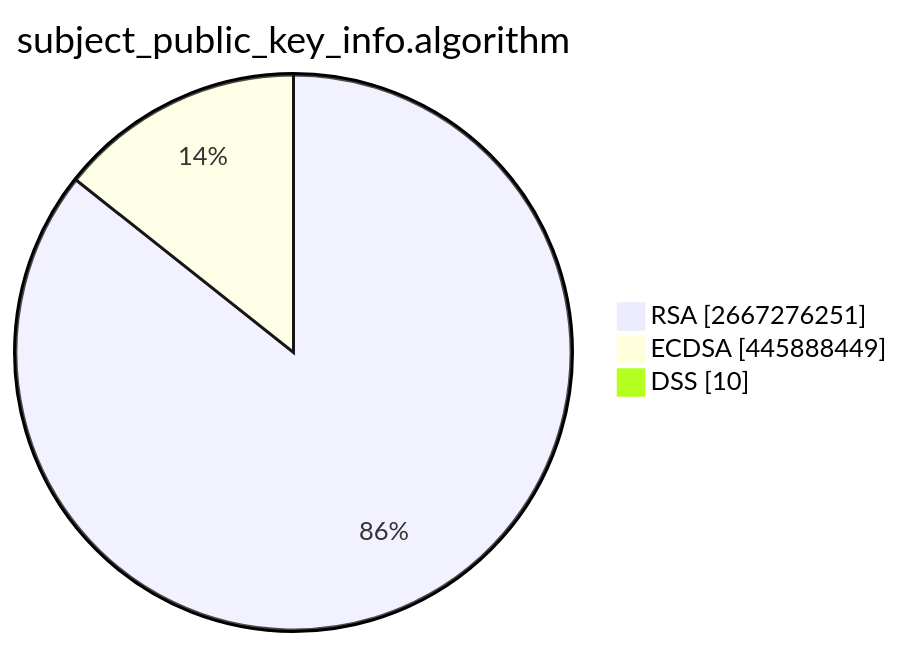
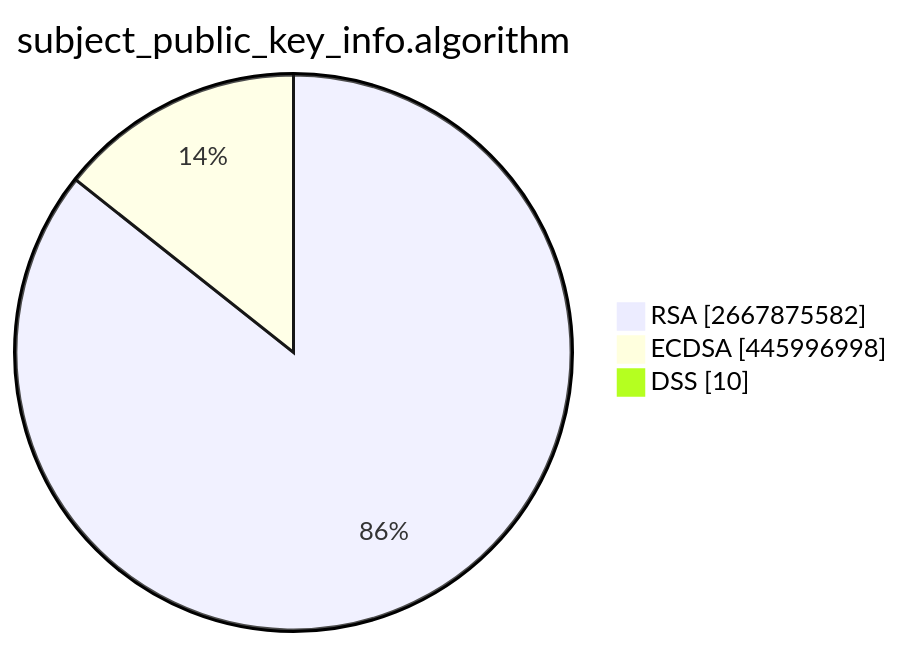
One commit to christiankrug/ctmonitor_visualization changed the second of 15 diagrams in TOTAL/README.md. Above: the diagram before and after it, drawn with Mermaid. The commit also changed other lines of this file, not shown here.

````diff
--- a/TOTAL/README.md
+++ b/TOTAL/README.md
@@ -6,7 +6,7 @@
 ```mermaid
 pie showData
 title subject_public_key_info.algorithm
-"RSA" :2667276251
-"ECDSA" :445888449
+"RSA" :2667875582
+"ECDSA" :445996998
 "DSS" :10
 ```
````
